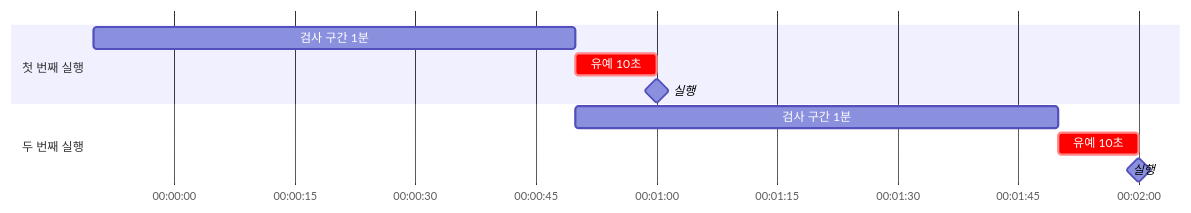
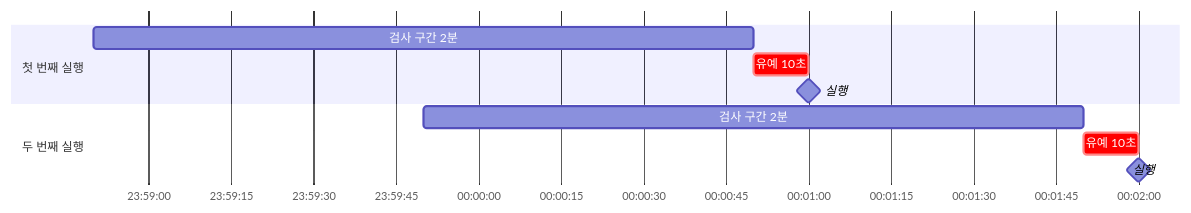
One commit to mingdy52/coupon changed the second of 2 diagrams in scripts/load/consistency/README.md. Above: the diagram before and after it, drawn with Mermaid. The commit also changed other lines of this file and 16 other files, not shown here.

````diff
--- a/scripts/load/consistency/README.md
+++ b/scripts/load/consistency/README.md
@@ -80,13 +80,13 @@
 ```mermaid
 gantt
   dateFormat YYYY-MM-DD HH:mm:ss
   axisFormat %H:%M:%S
   section 첫 번째 실행
-    검사 구간 1분 :a1, 2026-01-01 23:59:50, 60s
+    검사 구간 2분 :a1, 2026-01-01 23:58:50, 120s
     유예 10초     :crit, a2, after a1, 10s
     실행          :milestone, after a2, 0s
   section 두 번째 실행
-    검사 구간 1분 :b1, 2026-01-02 00:00:50, 60s
+    검사 구간 2분 :b1, 2026-01-01 23:59:50, 120s
     유예 10초     :crit, b2, after b1, 10s
     실행          :milestone, after b2, 0s
 ```
````
